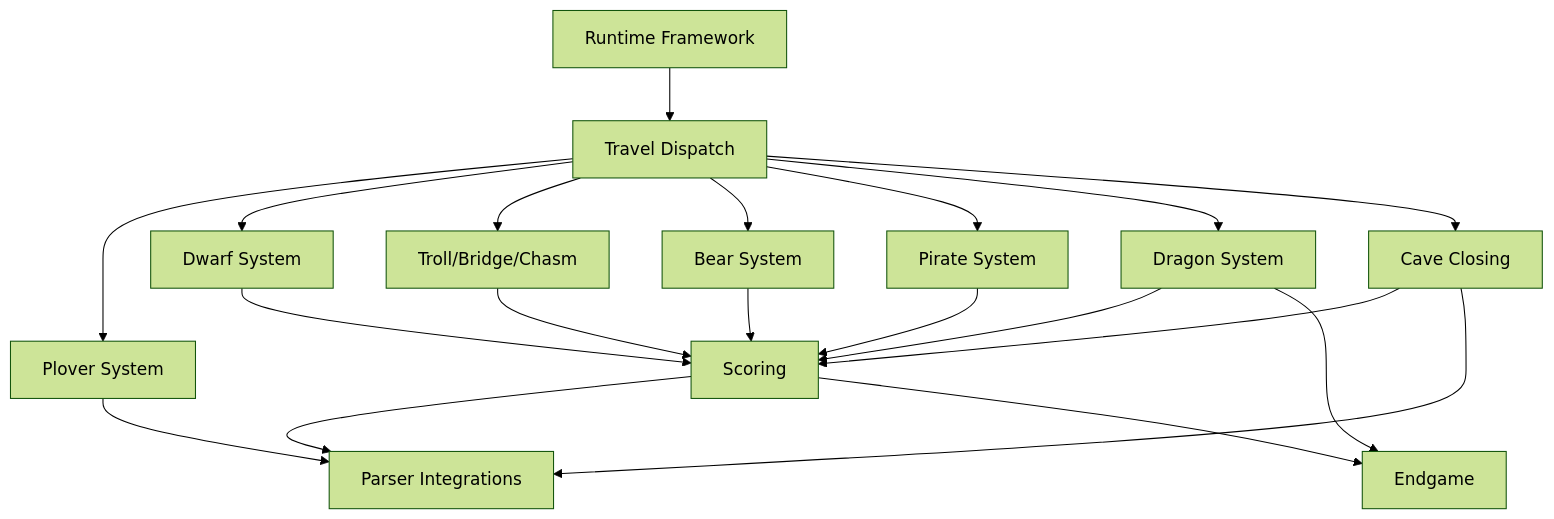
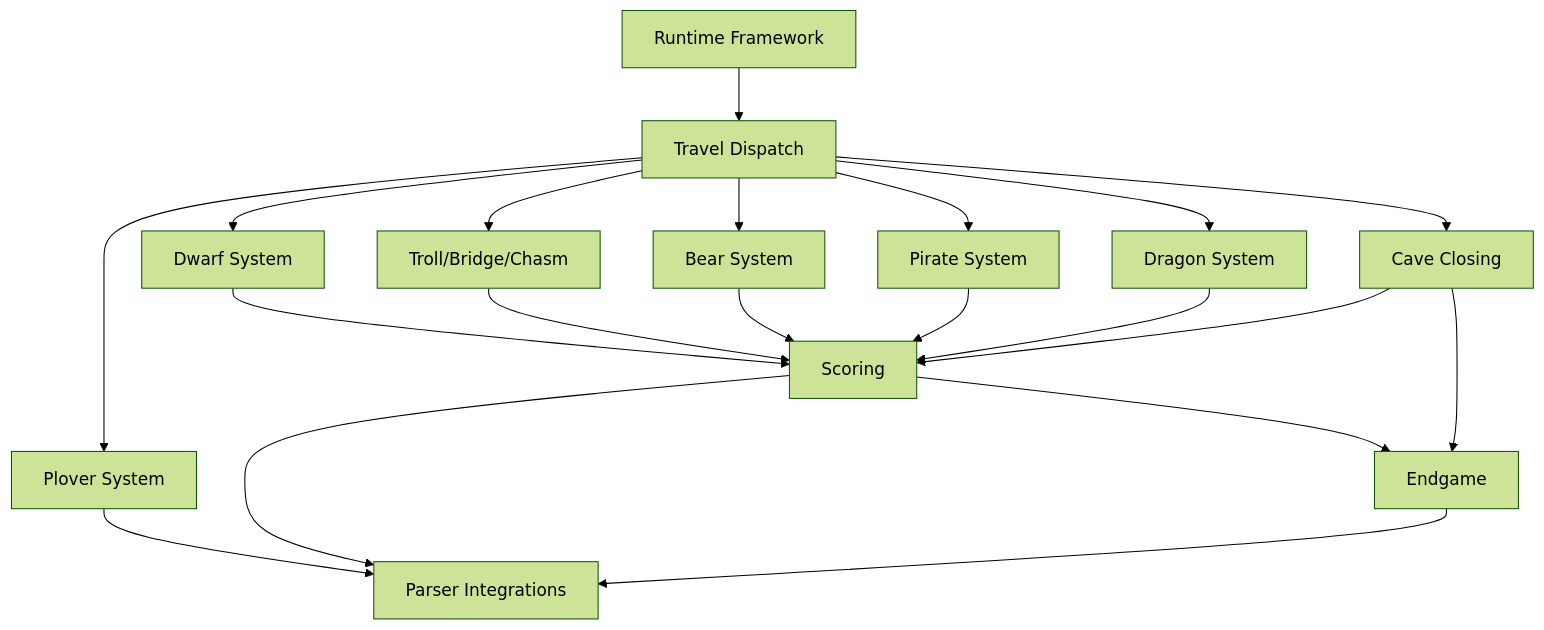
The diagram in docs/architecture/project-roadmap.md (cdaters/open-adventure-inform7), drawn with Mermaid (forest theme) before and after one commit. The commit also changed other lines of this file and 13 other files, not shown here.

````diff
--- a/docs/architecture/project-roadmap.md
+++ b/docs/architecture/project-roadmap.md
@@ -70,22 +69,22 @@
 ```mermaid
 graph TD
   A[Runtime Framework] --> B[Travel Dispatch]
   B --> C[Plover System]
   B --> D[Dwarf System]
   B --> E[Troll/Bridge/Chasm]
   B --> F[Bear System]
   B --> G[Pirate System]
   B --> H[Dragon System]
   D --> I[Scoring]
   E --> I
   F --> I
   G --> I
   H --> I
   B --> J[Cave Closing]
   J --> I
   C --> K[Parser Integrations]
   I --> K
-  J --> K
-  H --> L[Endgame]
+  J --> L[Endgame]
   I --> L
+  L --> K
 ```
````
